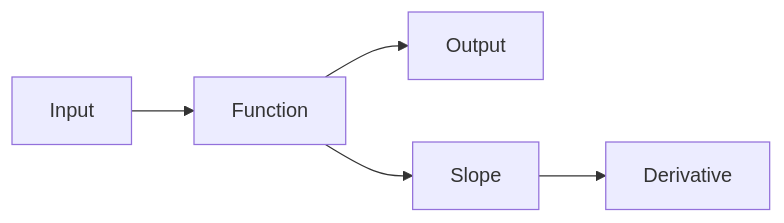
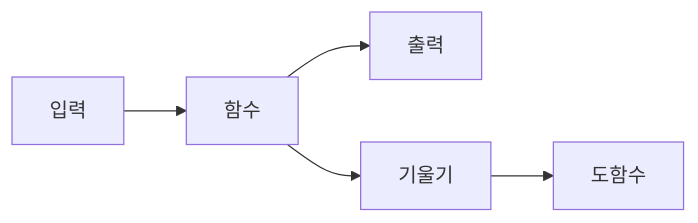
Before and after one commit to yeongseon-books/book-content: the diagram in content/calculus-for-ml-101/ko/02-functions-and-slope.md, drawn with Mermaid. The commit also changed other lines of this file and 9 other files, not shown here.

````diff
--- a/content/calculus-for-ml-101/ko/02-functions-and-slope.md
+++ b/content/calculus-for-ml-101/ko/02-functions-and-slope.md
@@ -37,7 +63,7 @@
 ```mermaid
 flowchart LR
-    I[Input] --> F[Function]
-    F --> O[Output]
-    F --> S[Slope]
-    S --> D[Derivative]
+    I[입력] --> F[함수]
+    F --> O[출력]
+    F --> S[기울기]
+    S --> D[도함수]
 ```
````
